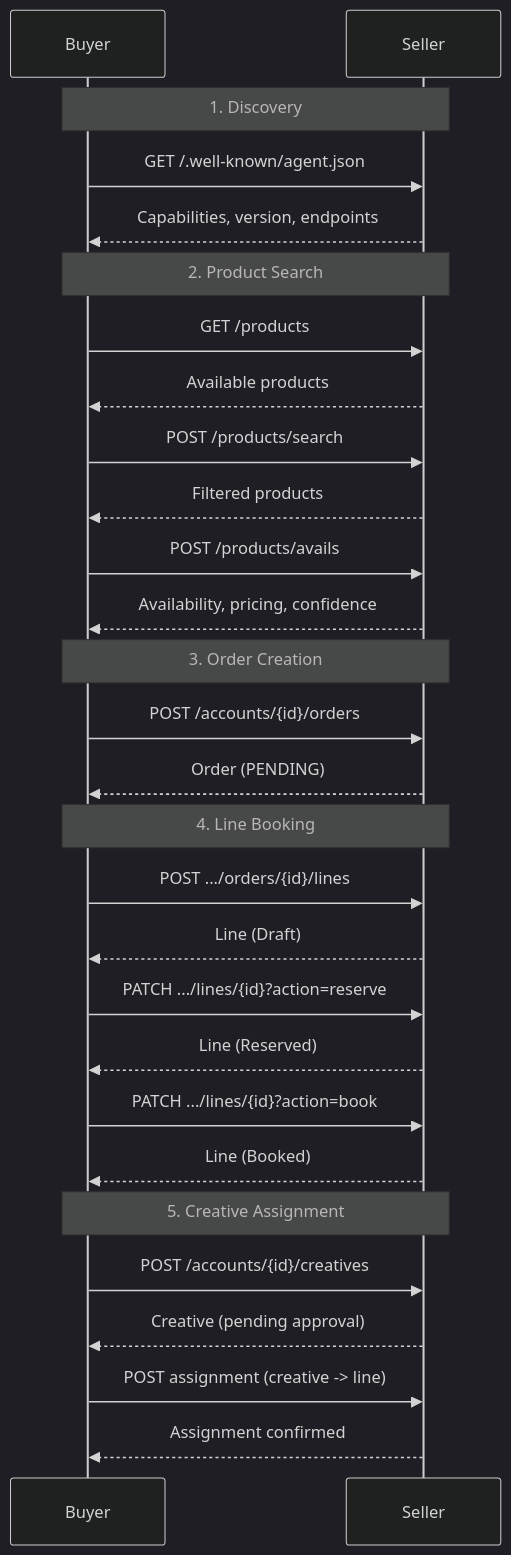
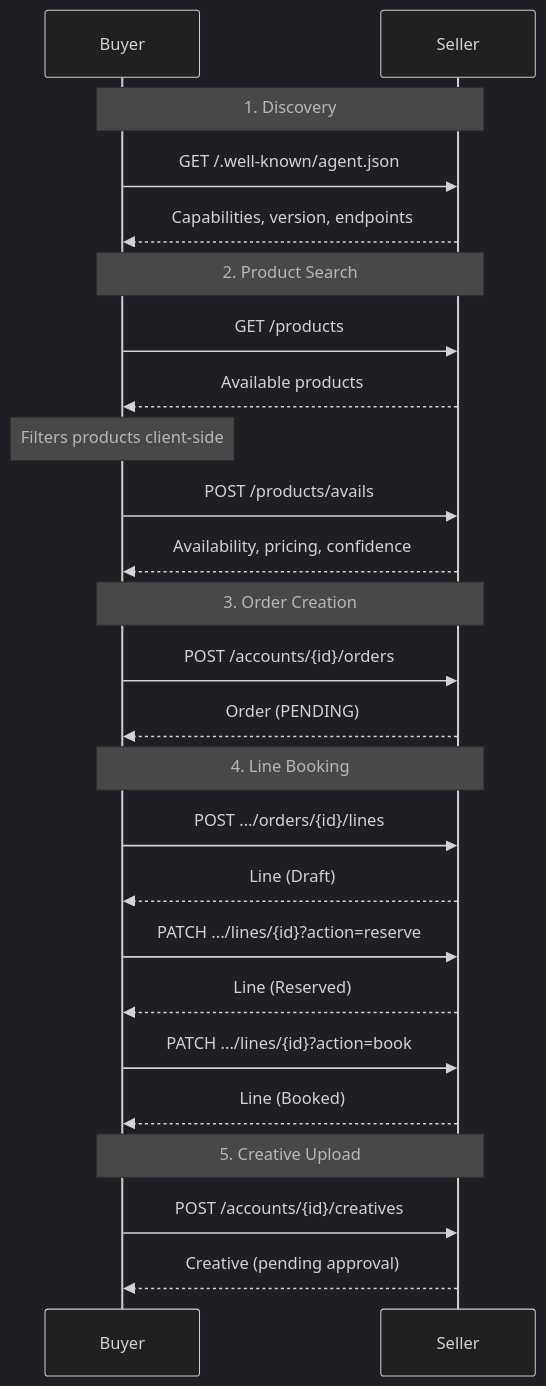
Before and after one commit to IABTechLab/buyer-agent: the second of 3 diagrams in docs/integration/opendirect.md, drawn with Mermaid (dark theme). The commit also changed other lines of this file and 15 other files, not shown here.

````diff
--- a/docs/integration/opendirect.md
+++ b/docs/integration/opendirect.md
@@ -108,35 +108,32 @@
 ```mermaid
 sequenceDiagram
     participant Buyer
     participant Seller
 
     Note over Buyer,Seller: 1. Discovery
     Buyer->>Seller: GET /.well-known/agent.json
     Seller-->>Buyer: Capabilities, version, endpoints
 
     Note over Buyer,Seller: 2. Product Search
     Buyer->>Seller: GET /products
     Seller-->>Buyer: Available products
-    Buyer->>Seller: POST /products/search
-    Seller-->>Buyer: Filtered products
+    Note over Buyer: Filters products client-side
     Buyer->>Seller: POST /products/avails
     Seller-->>Buyer: Availability, pricing, confidence
 
     Note over Buyer,Seller: 3. Order Creation
     Buyer->>Seller: POST /accounts/{id}/orders
     Seller-->>Buyer: Order (PENDING)
 
     Note over Buyer,Seller: 4. Line Booking
     Buyer->>Seller: POST .../orders/{id}/lines
     Seller-->>Buyer: Line (Draft)
     Buyer->>Seller: PATCH .../lines/{id}?action=reserve
     Seller-->>Buyer: Line (Reserved)
     Buyer->>Seller: PATCH .../lines/{id}?action=book
     Seller-->>Buyer: Line (Booked)
 
-    Note over Buyer,Seller: 5. Creative Assignment
+    Note over Buyer,Seller: 5. Creative Upload
     Buyer->>Seller: POST /accounts/{id}/creatives
     Seller-->>Buyer: Creative (pending approval)
-    Buyer->>Seller: POST assignment (creative -> line)
-    Seller-->>Buyer: Assignment confirmed
 ```
````
